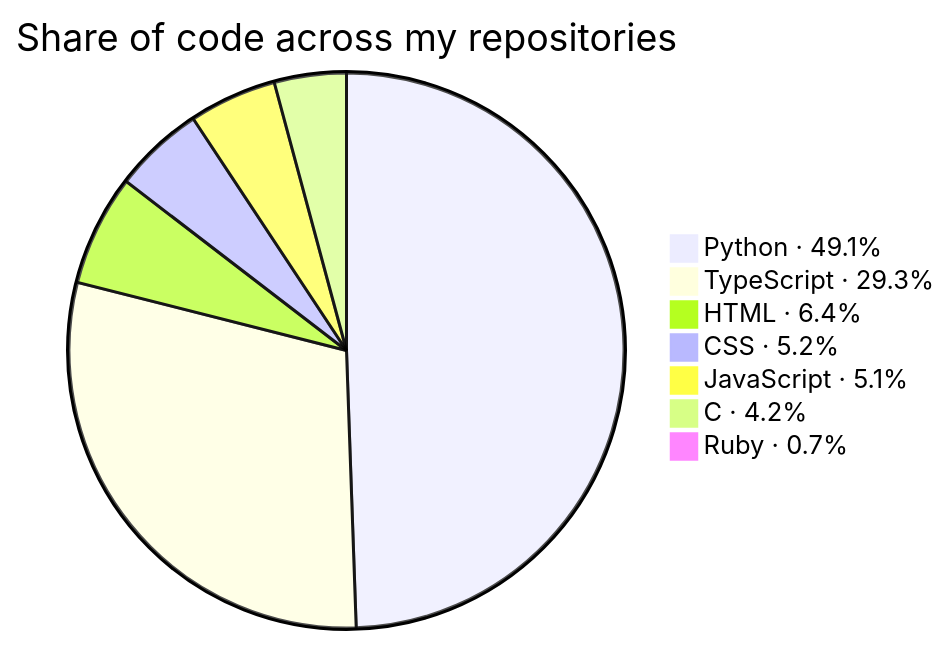
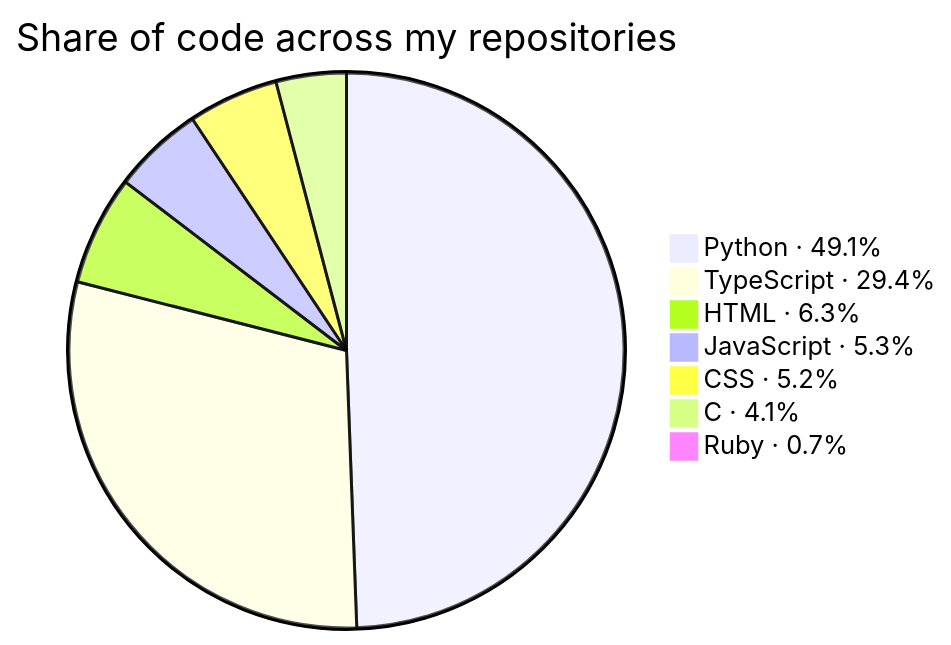
The second of 3 diagrams in README.md (KathFK1234/KathFK1234), drawn with Mermaid before and after one commit. The commit also changed 2 other files, not shown here.

Commit message:
Update languages, tools, activity and the mood command

````diff
--- a/README.md
+++ b/README.md
@@ -109,11 +109,11 @@
 ```mermaid
 %%{init: {"themeVariables": {"pieSectionTextSize": "0px"}}}%%
 pie title Share of code across my repositories
-    "Python · 49.1%" : 740.0
-    "TypeScript · 29.3%" : 441.6
-    "HTML · 6.4%" : 96.9
-    "CSS · 5.2%" : 79.0
-    "JavaScript · 5.1%" : 76.5
-    "C · 4.2%" : 62.7
+    "Python · 49.1%" : 758.1
+    "TypeScript · 29.4%" : 453.7
+    "HTML · 6.3%" : 98.0
+    "JavaScript · 5.3%" : 81.1
+    "CSS · 5.2%" : 80.7
+    "C · 4.1%" : 62.7
     "Ruby · 0.7%" : 10.1
 ```
````
